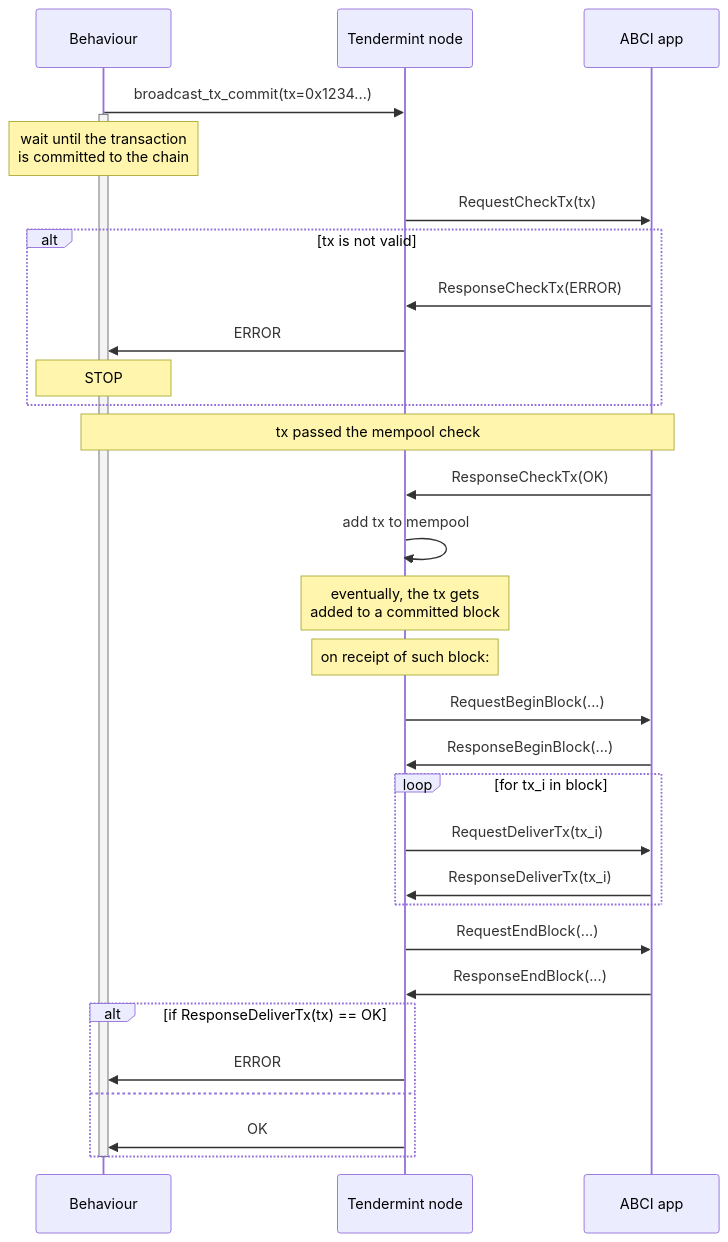
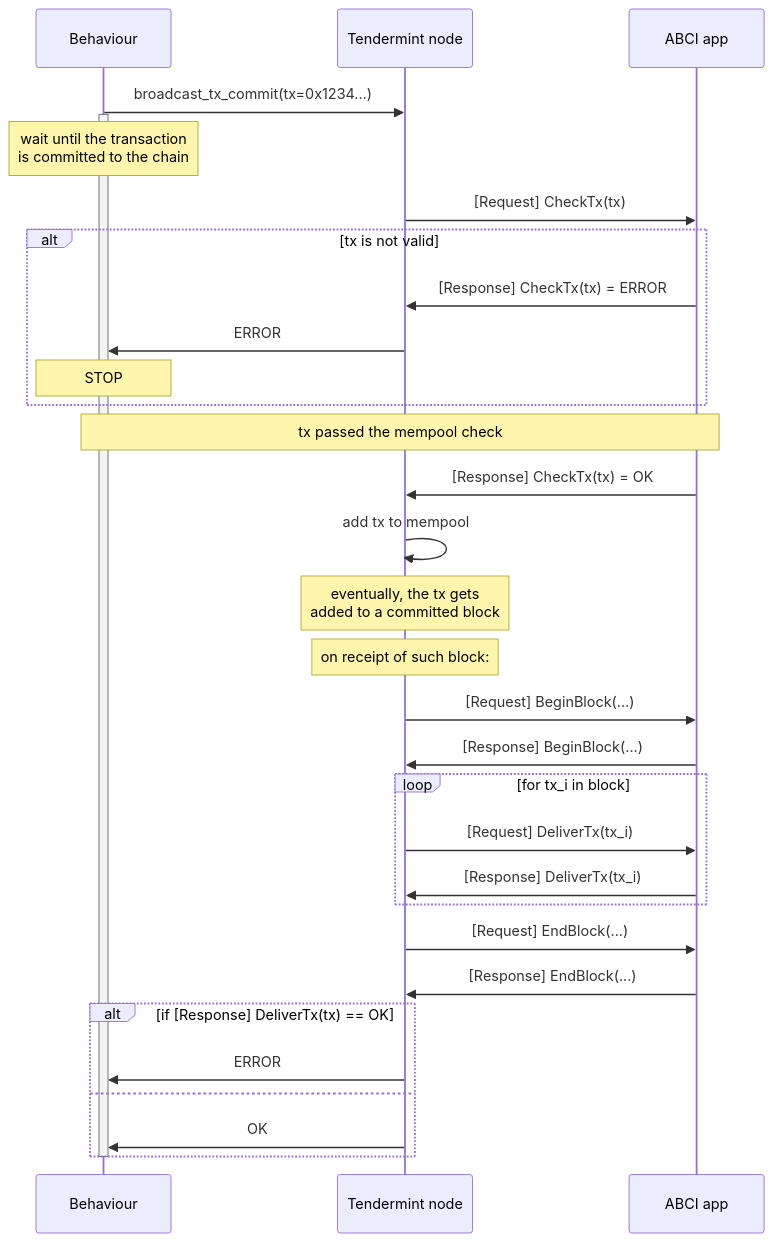
The third of 4 diagrams in docs/abci.md (valory-xyz/open-autonomy), drawn with Mermaid before and after one commit. The commit also changed other lines of this file and 23 other files, not shown here.

```diff
--- a/docs/abci.md
+++ b/docs/abci.md
@@ -164,38 +182,38 @@
 <div class="mermaid">
     sequenceDiagram
 
         participant Behaviour
         participant Tendermint node
         participant ABCI app
 
         Behaviour->>Tendermint node: broadcast_tx_commit(tx=0x1234...)
         activate Behaviour
         note over Behaviour: wait until the transaction<br/>is committed to the chain
 
-        Tendermint node->>ABCI app: RequestCheckTx(tx)
+        Tendermint node->>ABCI app: [Request] CheckTx(tx)
         alt tx is not valid
-          ABCI app->>Tendermint node: ResponseCheckTx(ERROR)
+          ABCI app->>Tendermint node: [Response] CheckTx(tx) = ERROR
           Tendermint node->>Behaviour: ERROR
           note over Behaviour: STOP
         end
         note over Behaviour, ABCI app: tx passed the mempool check
-        ABCI app->>Tendermint node: ResponseCheckTx(OK)
+        ABCI app->>Tendermint node: [Response] CheckTx(tx) = OK
         Tendermint node->>Tendermint node: add tx to mempool
         note over Tendermint node: eventually, the tx gets<br/>added to a committed block
         note over Tendermint node: on receipt of such block:
-        Tendermint node->>ABCI app: RequestBeginBlock(...)
-        ABCI app->>Tendermint node: ResponseBeginBlock(...)
+        Tendermint node->>ABCI app: [Request] BeginBlock(...)
+        ABCI app->>Tendermint node: [Response] BeginBlock(...)
         loop for tx_i in block
-          Tendermint node->>ABCI app: RequestDeliverTx(tx_i)
-          ABCI app->>Tendermint node: ResponseDeliverTx(tx_i)
+          Tendermint node->>ABCI app: [Request] DeliverTx(tx_i)
+          ABCI app->>Tendermint node: [Response] DeliverTx(tx_i)
         end
-        Tendermint node->>ABCI app: RequestEndBlock(...)
-        ABCI app->>Tendermint node: ResponseEndBlock(...)
+        Tendermint node->>ABCI app: [Request] EndBlock(...)
+        ABCI app->>Tendermint node: [Response] EndBlock(...)
 
-        alt if ResponseDeliverTx(tx) == OK
+        alt if [Response] DeliverTx(tx) == OK
           Tendermint node->>Behaviour: ERROR
         else
           Tendermint node->>Behaviour: OK
         end
         deactivate Behaviour
 </div>
```
